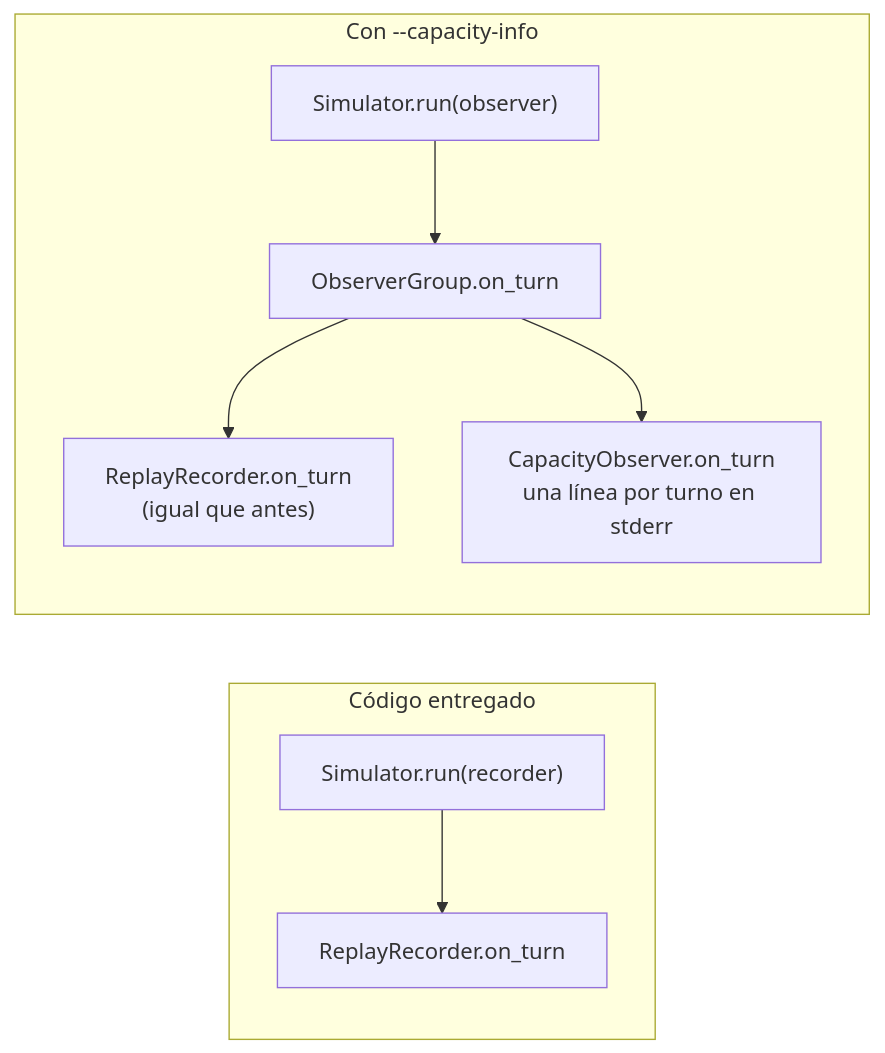
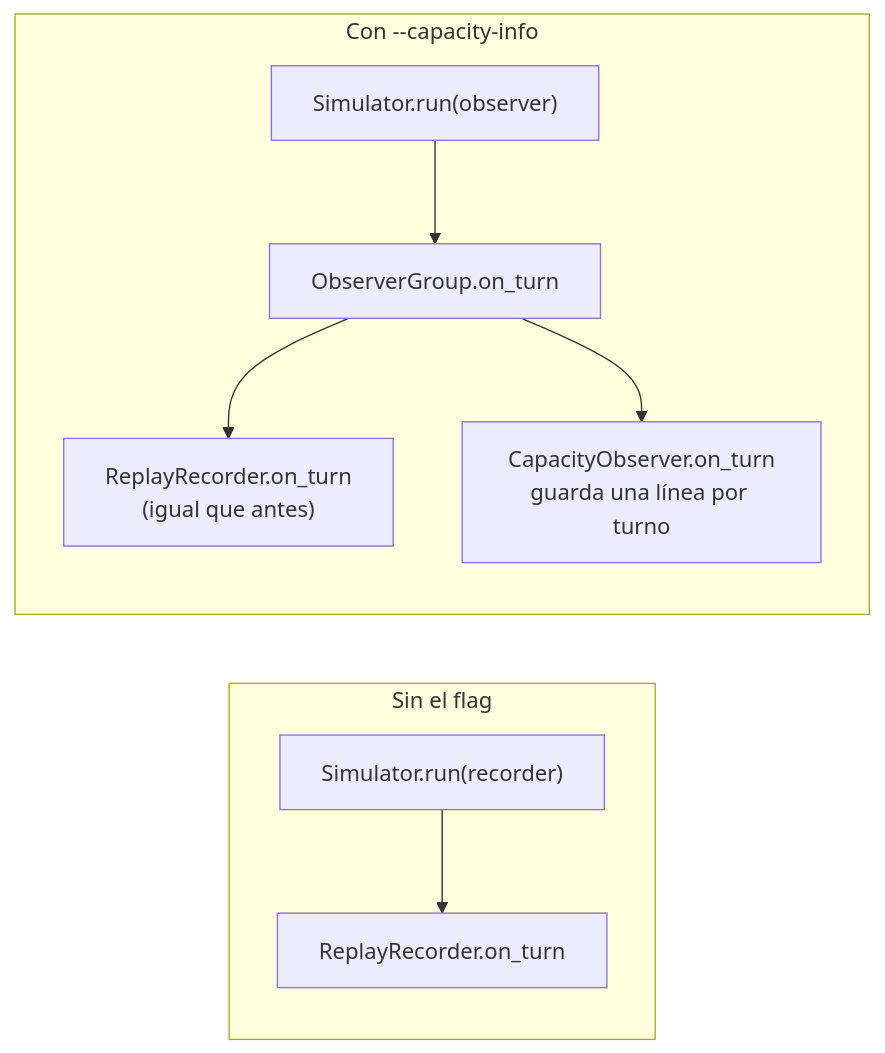
The first of 3 diagrams in entrega/diagramas/E.6-live-coding-flow.md (0xARCOS/Fly-In), drawn with Mermaid before and after one commit. The commit also changed other lines of this file and 136 other files, not shown here.

````diff
--- a/entrega/diagramas/E.6-live-coding-flow.md
+++ b/entrega/diagramas/E.6-live-coding-flow.md
@@ -9,11 +13,11 @@
 ```mermaid
 flowchart LR
-    subgraph ANTES["Código entregado"]
+    subgraph SIN["Sin el flag"]
         S1["Simulator.run(recorder)"] --> R1["ReplayRecorder.on_turn"]
     end
-    subgraph DESPUES["Con --capacity-info"]
+    subgraph CON["Con --capacity-info"]
         S2["Simulator.run(observer)"] --> G["ObserverGroup.on_turn"]
         G --> R2["ReplayRecorder.on_turn<br/>(igual que antes)"]
-        G --> C["CapacityObserver.on_turn<br/>una línea por turno en stderr"]
+        G --> C["CapacityObserver.on_turn<br/>guarda una línea por turno"]
     end
 ```
````
